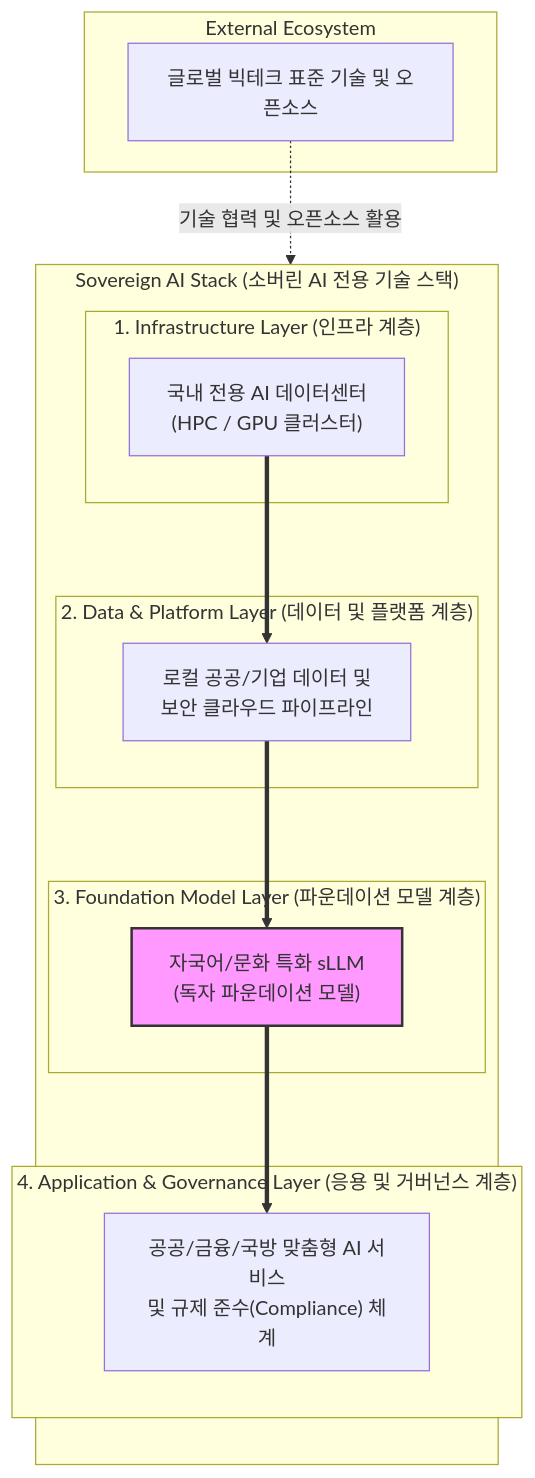
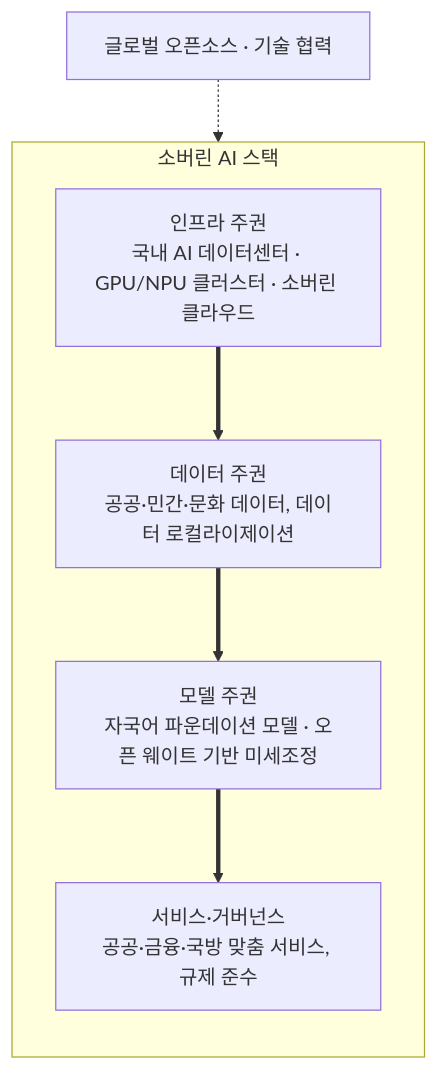
Before and after one commit to supremethumb/supremethumb.github.io: the diagram in content/01_IT Tech/Sovereign AI (소버린 AI).md, drawn with Mermaid. The commit also changed other lines of this file and 1087 other files, not shown here.

````diff
--- a/content/01_IT Tech/Sovereign AI (소버린 AI).md
+++ b/content/01_IT Tech/Sovereign AI (소버린 AI).md
@@ -27,35 +36,12 @@
 ```mermaid
 flowchart TB
-    subgraph "Sovereign AI Stack (소버린 AI 전용 기술 스택)"
+    subgraph Stack["소버린 AI 스택"]
         direction TB
-        
-        subgraph L1["1. Infrastructure Layer (인프라 계층)"]
-            GPU_DC["국내 전용 AI 데이터센터<br/>(HPC / GPU 클러스터)"]
-        end
-
-        subgraph L2["2. Data & Platform Layer (데이터 및 플랫폼 계층)"]
-            GovData["로컬 공공/기업 데이터 및<br/>보안 클라우드 파이프라인"]
-        end
-
-        subgraph L3["3. Foundation Model Layer (파운데이션 모델 계층)"]
-            LocalLLM["자국어/문화 특화 sLLM<br/>(독자 파운데이션 모델)"]
-        end
-
-        subgraph L4["4. Application & Governance Layer (응용 및 거버넌스 계층)"]
-            GovService["공공/금융/국방 맞춤형 AI 서비스<br/>및 규제 준수(Compliance) 체계"]
-        end
-
-        GPU_DC ==> GovData
-        GovData ==> LocalLLM
-        LocalLLM ==> GovService
+        L1["인프라 주권<br/>국내 AI 데이터센터 · GPU/NPU 클러스터 · 소버린 클라우드"]
+        L2["데이터 주권<br/>공공·민간·문화 데이터, 데이터 로컬라이제이션"]
+        L3["모델 주권<br/>자국어 파운데이션 모델 · 오픈 웨이트 기반 미세조정"]
+        L4["서비스·거버넌스<br/>공공·금융·국방 맞춤 서비스, 규제 준수"]
+        L1 ==> L2 ==> L3 ==> L4
     end
-
-    subgraph "External Ecosystem"
-        GlobalTech["글로벌 빅테크 표준 기술 및 오픈소스"]
-    end
-
-    GlobalTech -.->|기술 협력 및 오픈소스 활용| LocalLLM
-    
-    style LocalLLM fill:#f9f,stroke:#333,stroke-width:2px
-
+    Global["글로벌 오픈소스 · 기술 협력"] -.-> L3
 ```
````
